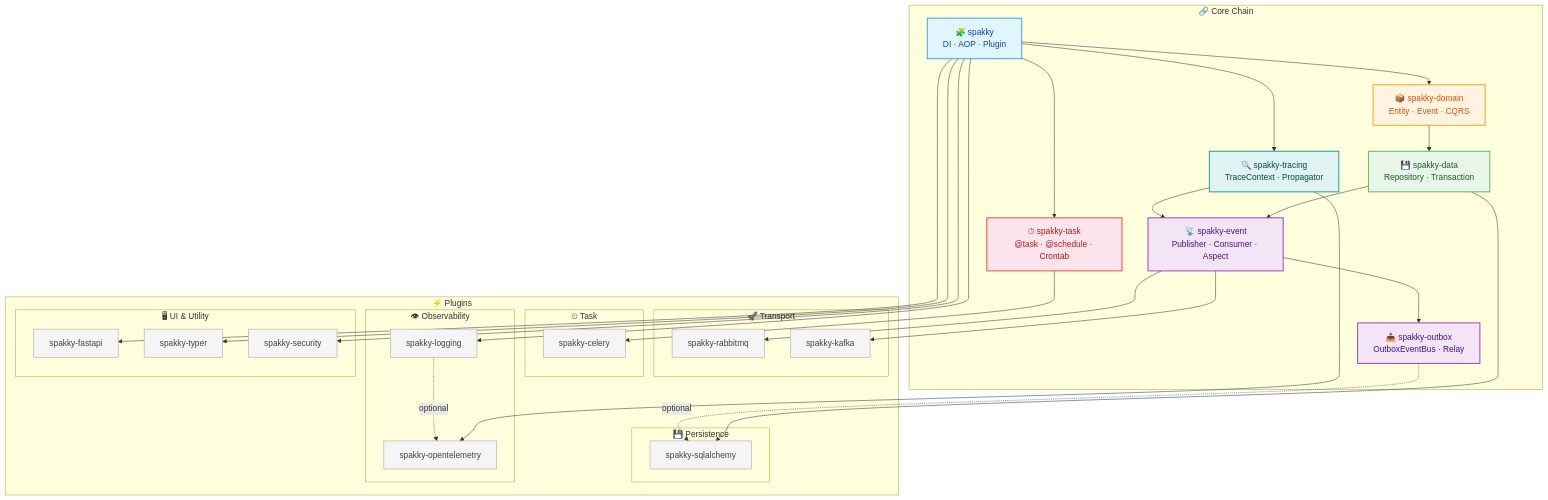
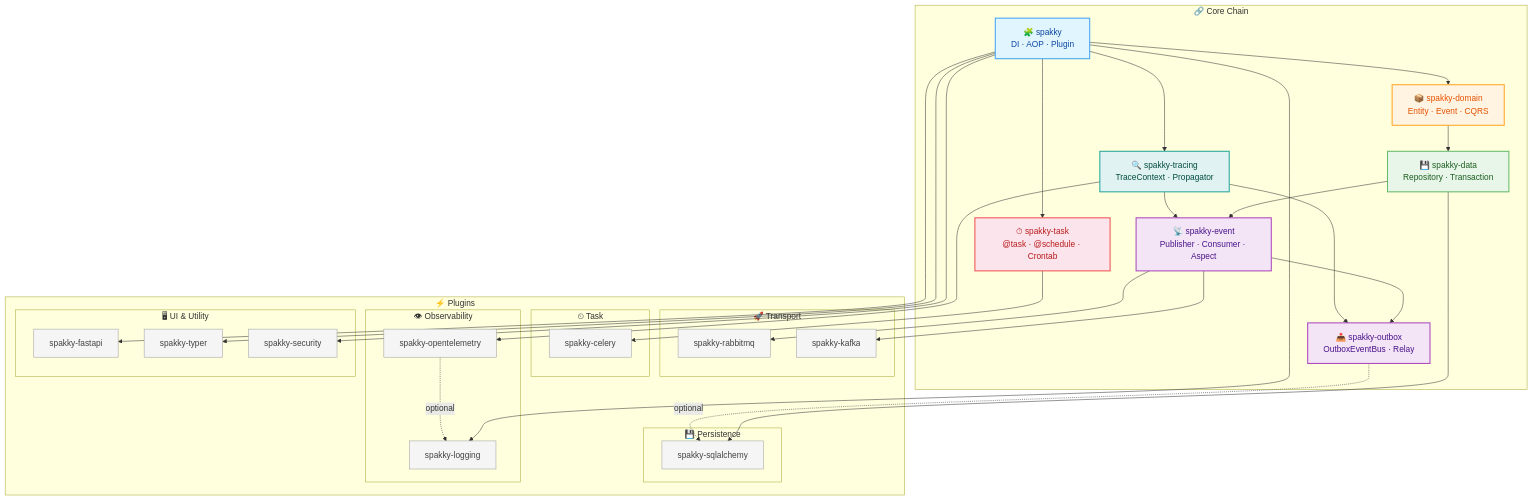
The first of 2 diagrams in ARCHITECTURE.md (E5presso/spakky-framework), drawn with Mermaid before and after one commit. The commit also changed other lines of this file and 17 other files, not shown here.

````diff
--- a/ARCHITECTURE.md
+++ b/ARCHITECTURE.md
@@ -52,73 +52,74 @@
 ```mermaid
 graph TD
     subgraph core_chain ["🔗 Core Chain"]
         core[🧩 spakky<br/>DI · AOP · Plugin]
 
         core --> domain[📦 spakky-domain<br/>Entity · Event · CQRS]
         core --> task_pkg["⏱ spakky-task<br/>@task · @schedule · Crontab"]
         core --> tracing["🔍 spakky-tracing<br/>TraceContext · Propagator"]
 
         domain --> data[💾 spakky-data<br/>Repository · Transaction]
         data --> event[📡 spakky-event<br/>Publisher · Consumer · Aspect]
         tracing --> event
         event --> outbox[📤 spakky-outbox<br/>OutboxEventBus · Relay]
+        tracing --> outbox
     end
 
     subgraph plugins ["⚡ Plugins"]
         subgraph persistence ["💾 Persistence"]
             sqlalchemy[spakky-sqlalchemy]
         end
 
         subgraph transport ["🚀 Transport"]
             rabbitmq[spakky-rabbitmq]
             kafka[spakky-kafka]
         end
 
         subgraph task_plugins ["⏲ Task"]
             celery_plugin[spakky-celery]
         end
 
         subgraph observability ["👁 Observability"]
             logging_pkg[spakky-logging]
             otel[spakky-opentelemetry]
         end
 
         subgraph ui ["🖥 UI & Utility"]
             fastapi[spakky-fastapi]
             typer[spakky-typer]
             security[spakky-security]
         end
     end
 
     data --> sqlalchemy
     outbox -.->|optional| sqlalchemy
     event --> rabbitmq
     event --> kafka
     task_pkg --> celery_plugin
     core --> logging_pkg
     tracing --> otel
-    logging_pkg -.->|optional| otel
+    otel -.->|optional| logging_pkg
     core --> fastapi
     core --> typer
     core --> security
 
     %% Styling — Core
     style core fill:#e1f5ff,stroke:#42a5f5,stroke-width:2px,color:#0d47a1
     style domain fill:#fff4e1,stroke:#ffa726,stroke-width:2px,color:#e65100
     style data fill:#e8f5e9,stroke:#66bb6a,stroke-width:2px,color:#1b5e20
     style event fill:#f3e5f5,stroke:#ab47bc,stroke-width:2px,color:#4a148c
     style outbox fill:#f3e5f5,stroke:#ab47bc,stroke-width:2px,color:#4a148c
     style task_pkg fill:#fce4ec,stroke:#ef5350,stroke-width:2px,color:#b71c1c
     style tracing fill:#e0f2f1,stroke:#26a69a,stroke-width:2px,color:#004d40
 
     %% Styling — Plugins
     style sqlalchemy fill:#f5f5f5,stroke:#9e9e9e,color:#424242
     style rabbitmq fill:#f5f5f5,stroke:#9e9e9e,color:#424242
     style kafka fill:#f5f5f5,stroke:#9e9e9e,color:#424242
     style celery_plugin fill:#f5f5f5,stroke:#9e9e9e,color:#424242
     style logging_pkg fill:#f5f5f5,stroke:#9e9e9e,color:#424242
     style otel fill:#f5f5f5,stroke:#9e9e9e,color:#424242
     style fastapi fill:#f5f5f5,stroke:#9e9e9e,color:#424242
     style typer fill:#f5f5f5,stroke:#9e9e9e,color:#424242
     style security fill:#f5f5f5,stroke:#9e9e9e,color:#424242
 ```
````
